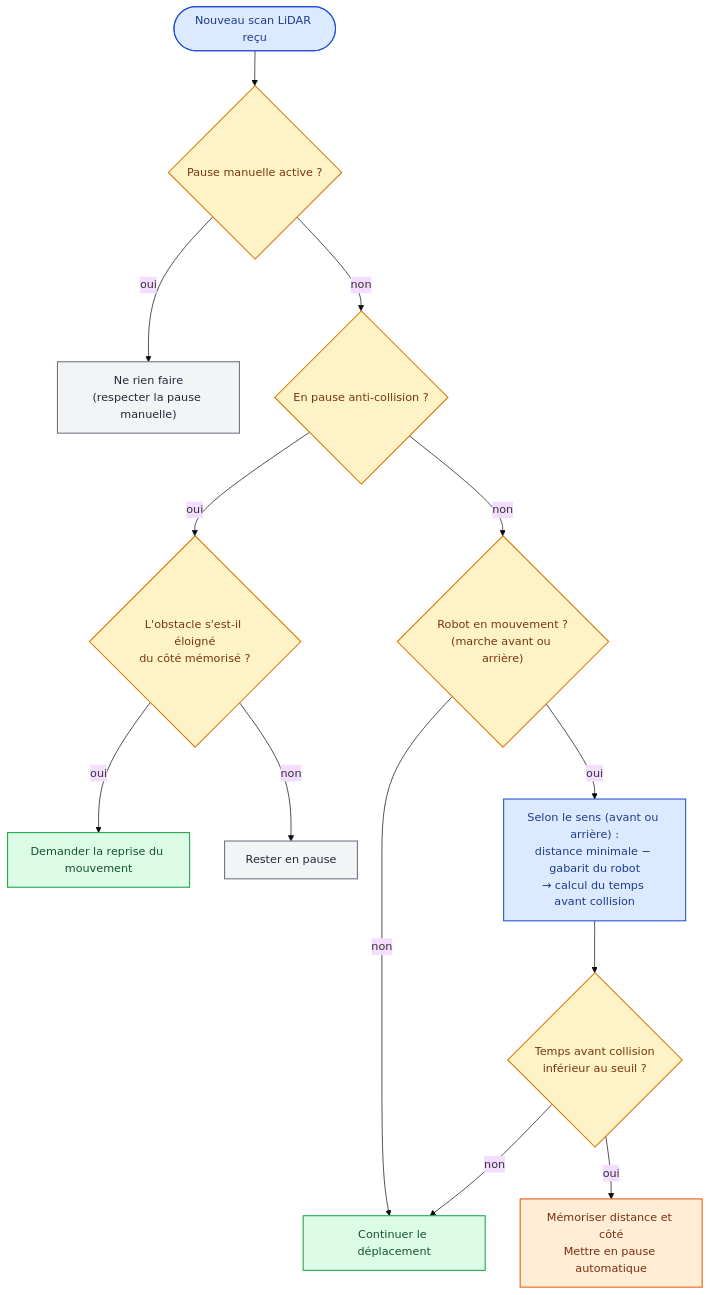
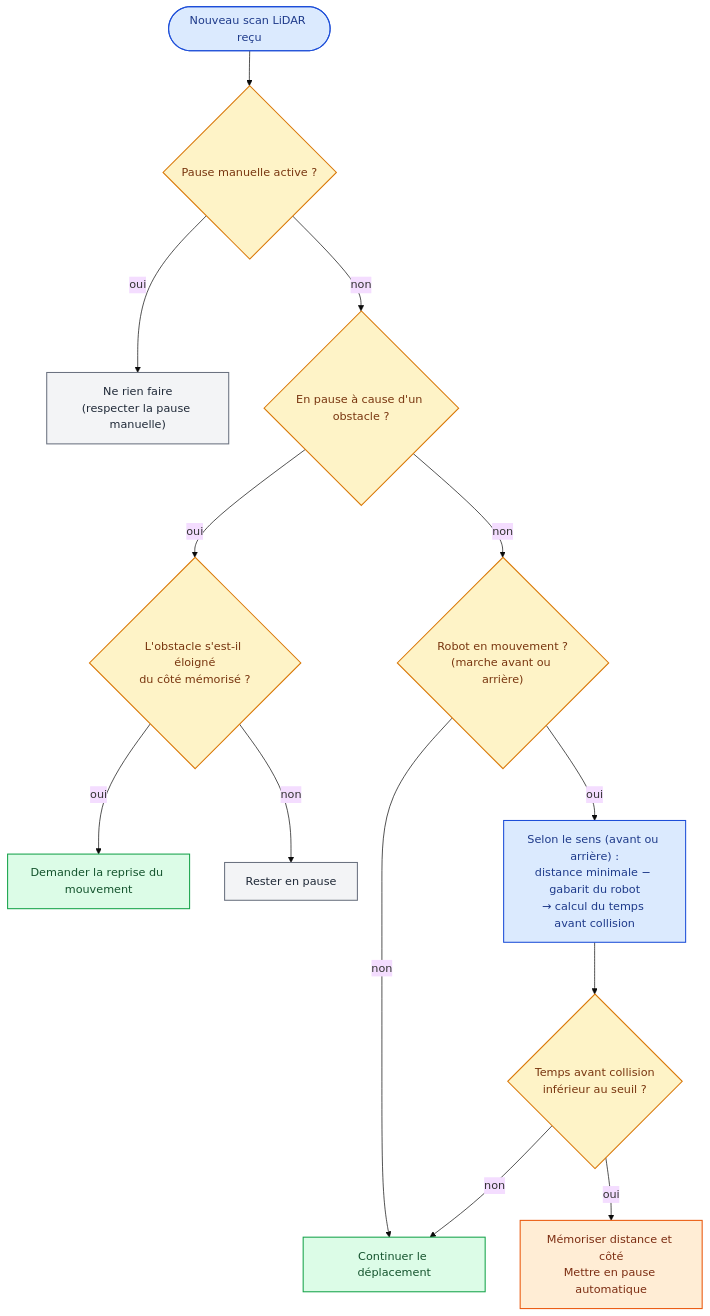
Before and after one commit to benoitdekeyn/E4SE_TD_TP: the seventh of 18 diagrams in robotique_et_navigation/Rapport/Rapport.md, drawn with Mermaid (base theme). The commit also changed other lines of this file and 2 other files, not shown here.

````diff
--- a/robotique_et_navigation/Rapport/Rapport.md
+++ b/robotique_et_navigation/Rapport/Rapport.md
@@ -810,41 +687,41 @@
 ```mermaid zoom=75
 flowchart TB
     START(["`Nouveau scan LiDAR reçu`"])
     P_MAN{"`Pause manuelle active ?`"}
     KEEP["`Ne rien faire<br/>(respecter la pause manuelle)`"]
-    P_COL{"`En pause anti-collision ?`"}
+    P_COL{"`En pause à cause d'un obstacle ?`"}
     FAR{"`L'obstacle s'est-il éloigné<br/>du côté mémorisé ?`"}
     PLAY["`Demander la reprise du mouvement`"]
     WAIT["`Rester en pause`"]
     MOVING{"`Robot en mouvement ?<br/>(marche avant ou arrière)`"}
     CALC["`Selon le sens (avant ou arrière) :<br/>distance minimale − gabarit du robot<br/>→ calcul du temps avant collision`"]
     RISK{"`Temps avant collision<br/>inférieur au seuil ?`"}
     PAUSE["`Mémoriser distance et côté<br/>Mettre en pause automatique`"]
     OK["`Continuer le déplacement`"]
 
     START --> P_MAN
     P_MAN -->|"oui"| KEEP
     P_MAN -->|"non"| P_COL
     P_COL -->|"oui"| FAR
     FAR -->|"oui"| PLAY
     FAR -->|"non"| WAIT
     P_COL -->|"non"| MOVING
     MOVING -->|"non"| OK
     MOVING -->|"oui"| CALC
     CALC --> RISK
     RISK -->|"oui"| PAUSE
     RISK -->|"non"| OK
 
     style START fill:#dbeafe,stroke:#1d4ed8,stroke-width:1.5px,color:#1e3a8a
     style P_MAN fill:#fef3c7,stroke:#d97706,stroke-width:1.5px,color:#78350f
     style P_COL fill:#fef3c7,stroke:#d97706,stroke-width:1.5px,color:#78350f
     style FAR fill:#fef3c7,stroke:#d97706,stroke-width:1.5px,color:#78350f
     style MOVING fill:#fef3c7,stroke:#d97706,stroke-width:1.5px,color:#78350f
     style RISK fill:#fef3c7,stroke:#d97706,stroke-width:1.5px,color:#78350f
     style PLAY fill:#dcfce7,stroke:#16a34a,stroke-width:1.5px,color:#14532d
     style OK fill:#dcfce7,stroke:#16a34a,stroke-width:1.5px,color:#14532d
     style PAUSE fill:#ffedd5,stroke:#ea580c,stroke-width:1.5px,color:#7c2d12
     style KEEP fill:#f3f4f6,stroke:#6b7280,stroke-width:1.5px,color:#1f2937
     style WAIT fill:#f3f4f6,stroke:#6b7280,stroke-width:1.5px,color:#1f2937
     style CALC fill:#dbeafe,stroke:#1d4ed8,stroke-width:1.5px,color:#1e3a8a
 ```
````
